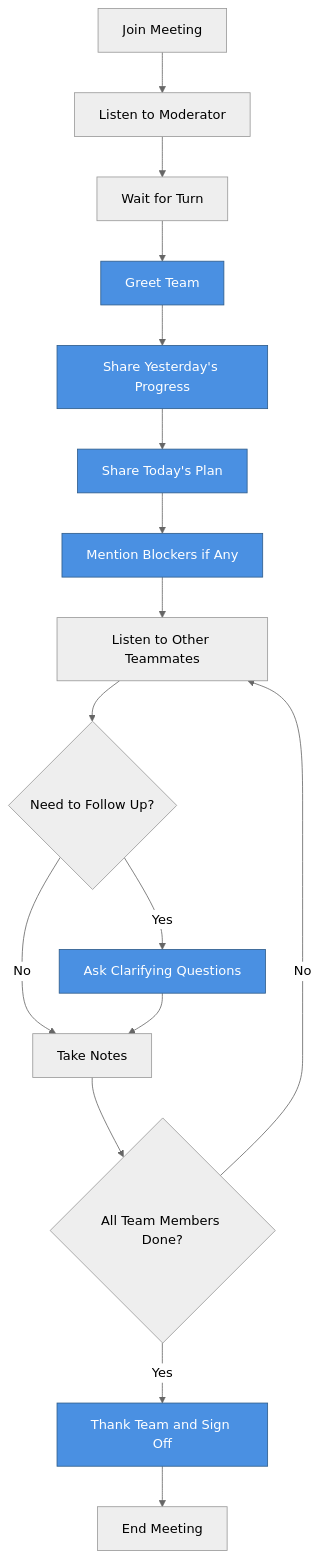
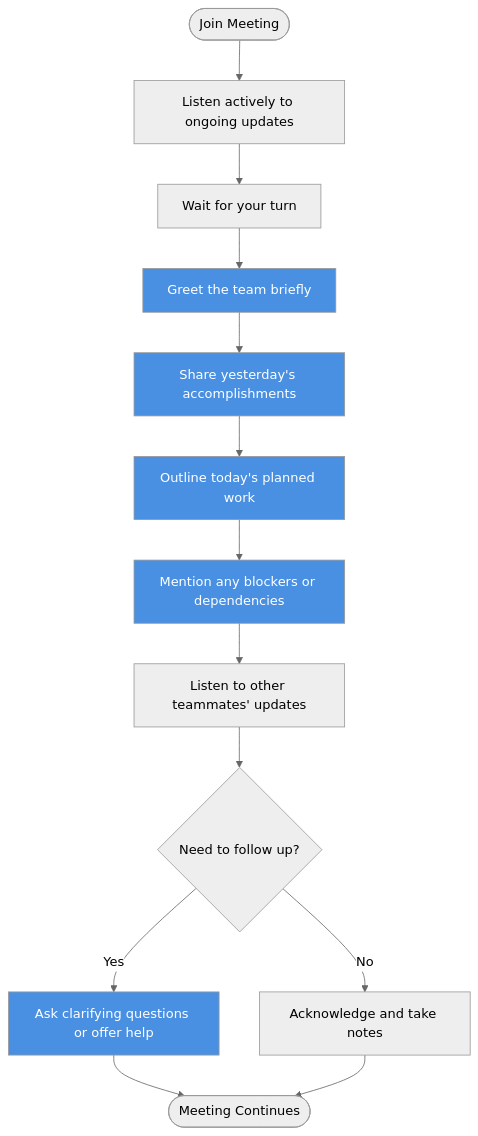
One commit to nordicsushi/Efficient-communication-at-workplace changed the first of 4 diagrams in examples/task-stage-1-output.md. Above: the diagram before and after it, drawn with Mermaid (neutral theme). The commit also changed other lines of this file and 3 other files, not shown here.

````diff
--- a/examples/task-stage-1-output.md
+++ b/examples/task-stage-1-output.md
@@ -11,25 +9,21 @@
 ```mermaid
 graph TD
-    A[Join Meeting] --> B[Listen to Moderator]
-    B --> C[Wait for Turn]
-    C --> D[Greet Team]
-    D --> E[Share Yesterday's Progress]
-    E --> F[Share Today's Plan]
-    F --> G[Mention Blockers if Any]
-    G --> H[Listen to Other Teammates]
-    H --> I{Need to Follow Up?}
-    I -->|Yes| J[Ask Clarifying Questions]
-    I -->|No| K[Take Notes]
-    J --> K
-    K --> L{All Team Members Done?}
-    L -->|No| H
-    L -->|Yes| M[Thank Team and Sign Off]
-    M --> N[End Meeting]
-    
-    style D fill:#4A90E2,stroke:#2E5C8A,color:#fff
-    style E fill:#4A90E2,stroke:#2E5C8A,color:#fff
-    style F fill:#4A90E2,stroke:#2E5C8A,color:#fff
-    style G fill:#4A90E2,stroke:#2E5C8A,color:#fff
-    style J fill:#4A90E2,stroke:#2E5C8A,color:#fff
-    style M fill:#4A90E2,stroke:#2E5C8A,color:#fff
+    Start([Join Meeting]) --> A1[Listen actively to ongoing updates]
+    A1 --> A2[Wait for your turn]
+    A2 --> B1[Greet the team briefly]
+    B1 --> B2[Share yesterday's accomplishments]
+    B2 --> B3[Outline today's planned work]
+    B3 --> B4[Mention any blockers or dependencies]
+    B4 --> C1[Listen to other teammates' updates]
+    C1 --> C2{Need to follow up?}
+    C2 -->|Yes| C3[Ask clarifying questions or offer help]
+    C2 -->|No| C4[Acknowledge and take notes]
+    C3 --> End([Meeting Continues])
+    C4 --> End
+
+    style B1 fill:#4A90E2,color:#fff
+    style B2 fill:#4A90E2,color:#fff
+    style B3 fill:#4A90E2,color:#fff
+    style B4 fill:#4A90E2,color:#fff
+    style C3 fill:#4A90E2,color:#fff
 ```
````
